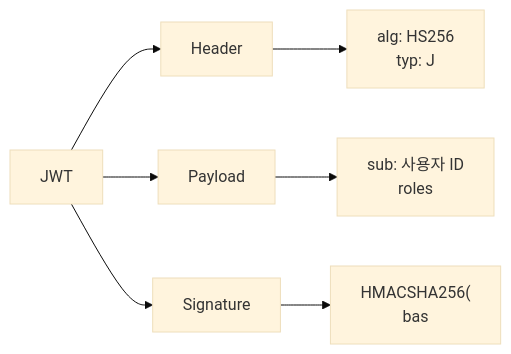
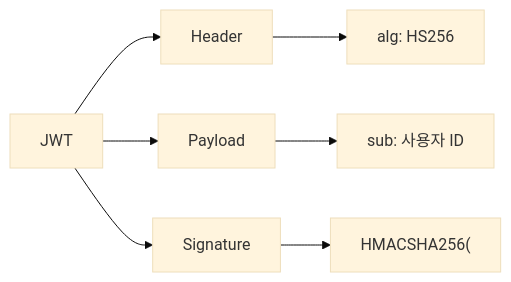
One commit to yjkim2015/yjkim2015.github.io changed the third of 7 diagrams in _posts/spring/2026-05-02-spring-security-deep.md. Above: the diagram before and after it, drawn with Mermaid (base theme). The commit also changed other lines of this file and 217 other files, not shown here.

First line of the commit message:
Mermaid 크기 수정: useMaxWidth:true + SVG max-width:100% + 라벨 축소

````diff
--- a/_posts/spring/2026-05-02-spring-security-deep.md
+++ b/_posts/spring/2026-05-02-spring-security-deep.md
@@ -214,9 +214,9 @@
 ```mermaid
 graph LR
     A[JWT] --> B[Header]
     A --> C[Payload]
     A --> D[Signature]
-    B --> E["alg: HS256\ntyp: J"]
-    C --> F["sub: 사용자 ID\nroles"]
-    D --> G["HMACSHA256(\n  bas"]
+    B --> E["alg: HS256"]
+    C --> F["sub: 사용자 ID"]
+    D --> G["HMACSHA256("]
 ```
````
